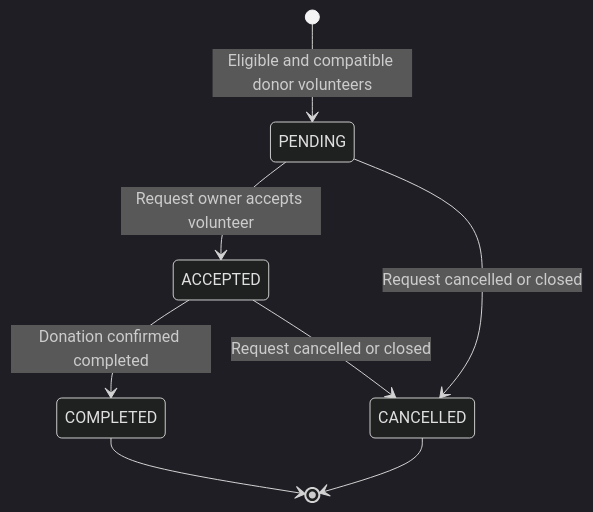
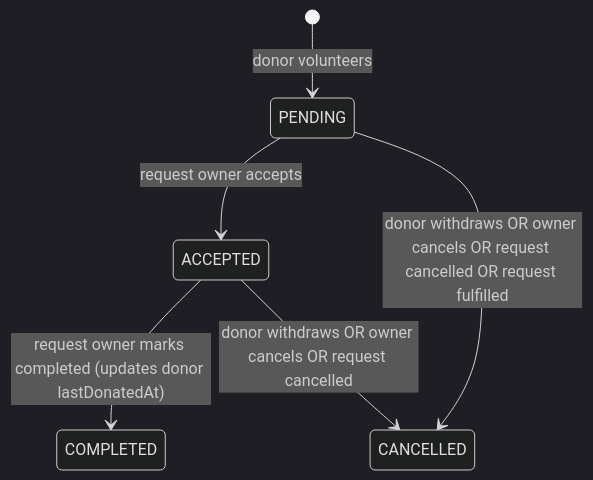
The second of 2 diagrams in README.md (sadiq1020/bloodSync), drawn with Mermaid (dark theme) before and after one commit. The commit also changed other lines of this file, not shown here.

````diff
--- a/README.md
+++ b/README.md
@@ -56,10 +639,8 @@
 ```mermaid
 stateDiagram-v2
-    [*] --> PENDING: Eligible and compatible donor volunteers
-    PENDING --> ACCEPTED: Request owner accepts volunteer
-    PENDING --> CANCELLED: Request cancelled or closed
-    ACCEPTED --> COMPLETED: Donation confirmed completed
-    ACCEPTED --> CANCELLED: Request cancelled or closed
-    COMPLETED --> [*]
-    CANCELLED --> [*]
+    [*] --> PENDING : donor volunteers
+    PENDING --> ACCEPTED : request owner accepts
+    ACCEPTED --> COMPLETED : request owner marks completed (updates donor lastDonatedAt)
+    PENDING --> CANCELLED : donor withdraws OR owner cancels OR request cancelled OR request fulfilled
+    ACCEPTED --> CANCELLED : donor withdraws OR owner cancels OR request cancelled
 ```
````
